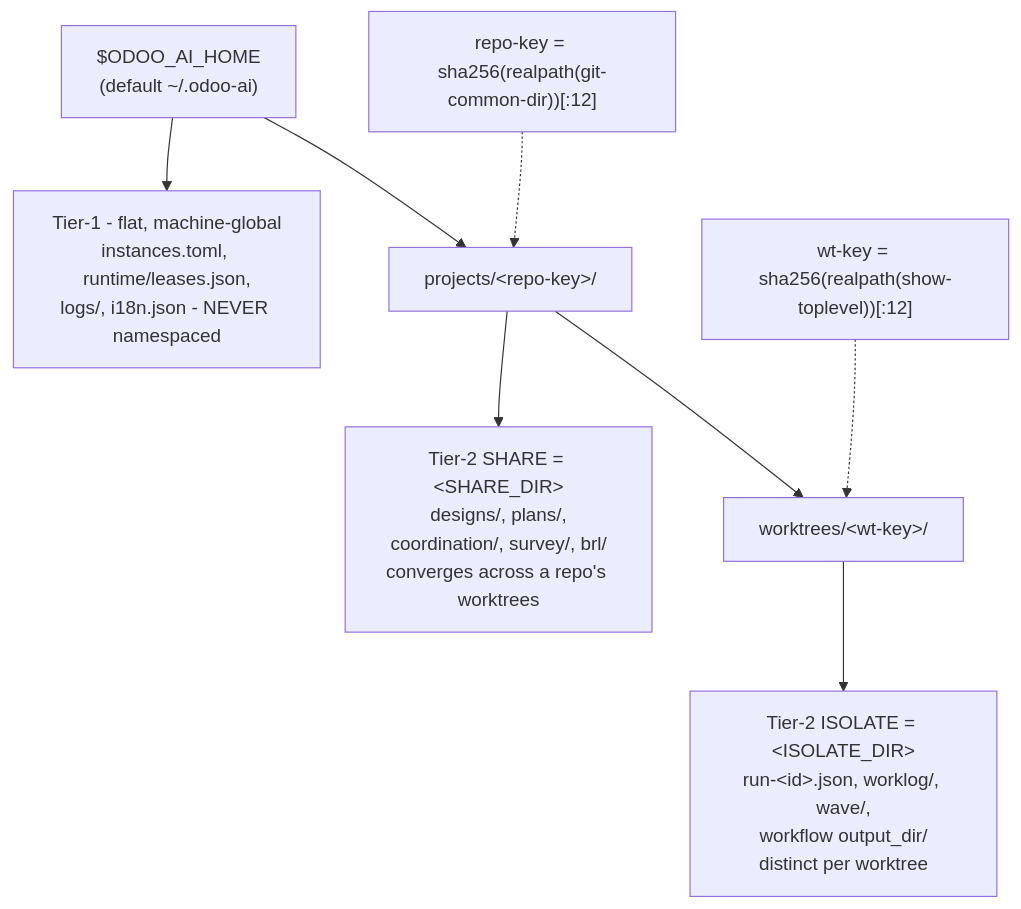
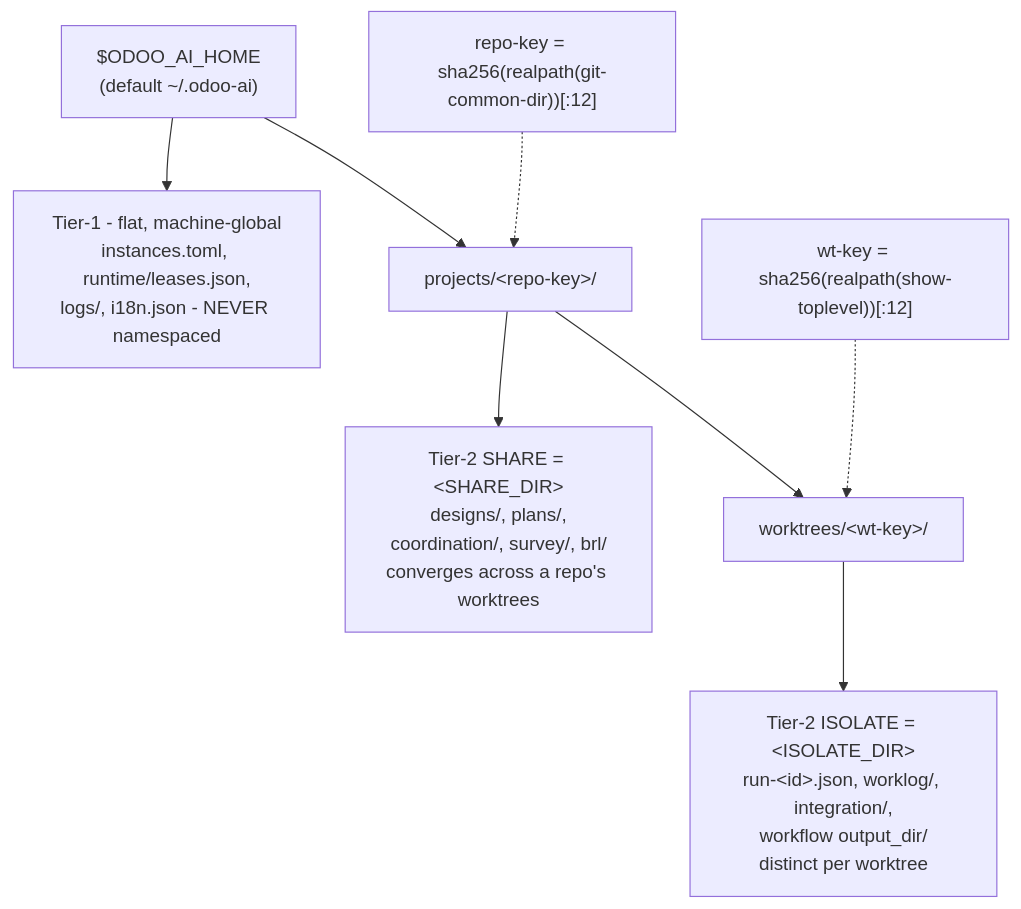
Before and after one commit to Viindoo/odoo-mcp-client: the ninth of 9 diagrams in plugins/odoo-ai-agents/README.md, drawn with Mermaid. The commit also changed other lines of this file and 125 other files, not shown here.

````diff
--- a/plugins/odoo-ai-agents/README.md
+++ b/plugins/odoo-ai-agents/README.md
@@ -844,12 +846,12 @@
 ```mermaid
 flowchart TD
     HOME["$ODOO_AI_HOME<br/>(default ~/.odoo-ai)"]
     HOME --> T1["Tier-1 - flat, machine-global<br/>instances.toml, runtime/leases.json,<br/>logs/, i18n.json - NEVER namespaced"]
     HOME --> PROJ["projects/&lt;repo-key&gt;/"]
     PROJ --> SHARE["Tier-2 SHARE = &lt;SHARE_DIR&gt;<br/>designs/, plans/,<br/>coordination/, survey/, brl/<br/>converges across a repo's worktrees"]
     PROJ --> WT["worktrees/&lt;wt-key&gt;/"]
-    WT --> ISO["Tier-2 ISOLATE = &lt;ISOLATE_DIR&gt;<br/>run-&lt;id&gt;.json, worklog/, wave/,<br/>workflow output_dir/<br/>distinct per worktree"]
+    WT --> ISO["Tier-2 ISOLATE = &lt;ISOLATE_DIR&gt;<br/>run-&lt;id&gt;.json, worklog/, integration/,<br/>workflow output_dir/<br/>distinct per worktree"]
 
     REPOKEY["repo-key = sha256(realpath(git-common-dir))[:12]"] -.-> PROJ
     WTKEY["wt-key = sha256(realpath(show-toplevel))[:12]"] -.-> WT
 ```
````
